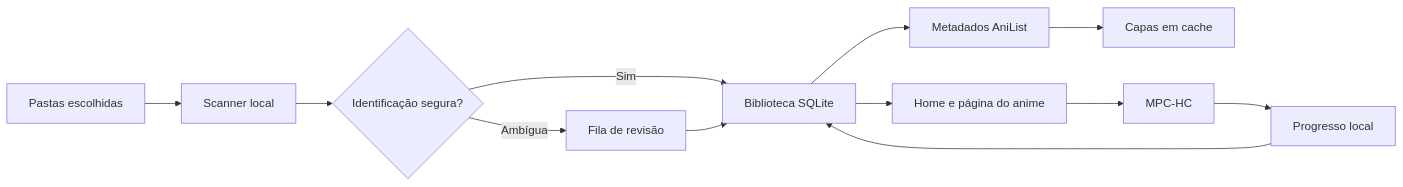
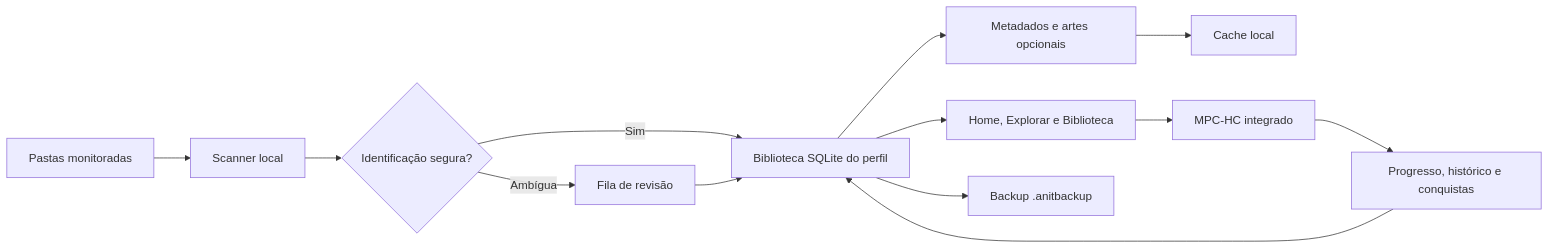
The diagram in README.md (PedroVitor-Dev/AniT), drawn with Mermaid before and after one commit. The commit also changed other lines of this file and 22 other files, not shown here.

````diff
--- a/README.md
+++ b/README.md
@@ -51,14 +69,15 @@
 ```mermaid
 flowchart LR
-    A[Pastas escolhidas] --> B[Scanner local]
+    A[Pastas monitoradas] --> B[Scanner local]
     B --> C{Identificação segura?}
-    C -->|Sim| D[Biblioteca SQLite]
+    C -->|Sim| D[Biblioteca SQLite do perfil]
     C -->|Ambígua| E[Fila de revisão]
     E --> D
-    D --> F[Metadados AniList]
-    F --> G[Capas em cache]
-    D --> H[Home e página do anime]
-    H --> I[MPC-HC]
-    I --> J[Progresso local]
+    D --> F[Metadados e artes opcionais]
+    F --> G[Cache local]
+    D --> H[Home, Explorar e Biblioteca]
+    H --> I[MPC-HC integrado]
+    I --> J[Progresso, histórico e conquistas]
     J --> D
+    D --> K[Backup .anitbackup]
 ```
````
